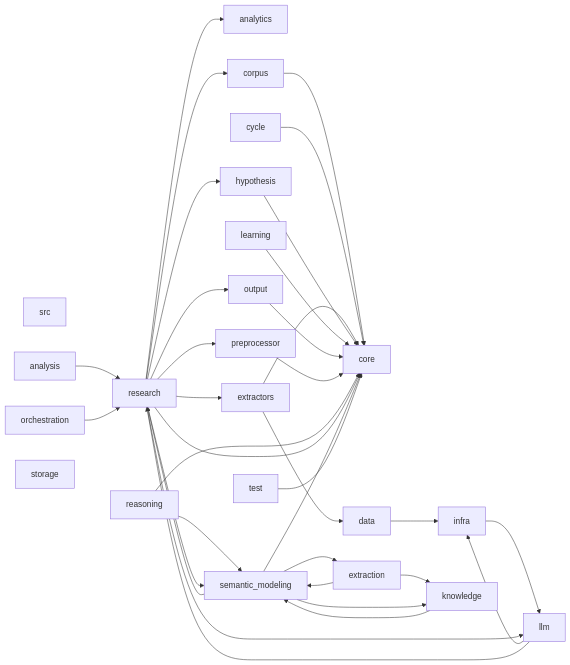
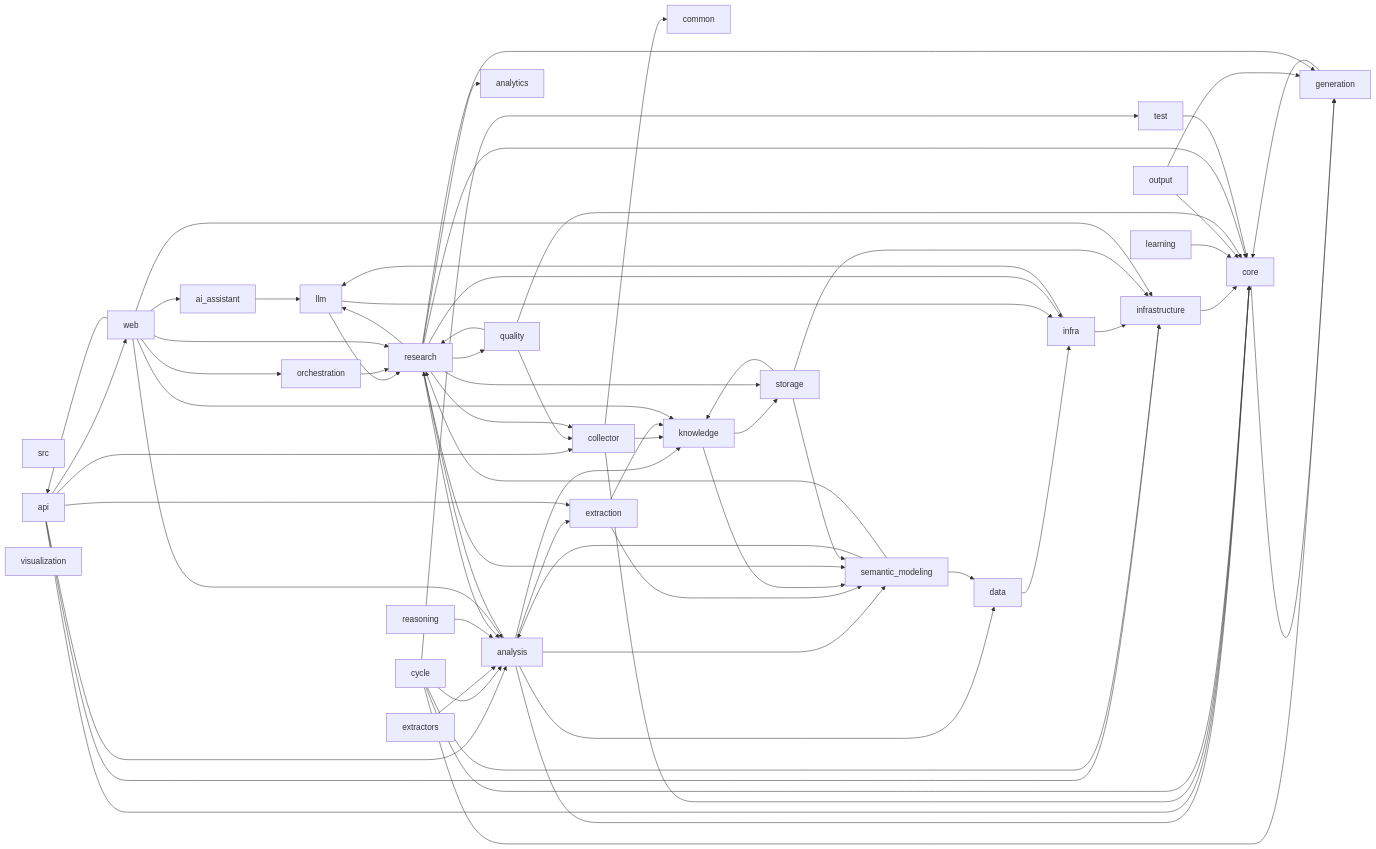
One commit to guose1314/tcmautoresearch changed the diagram in docs/architecture/dependency-graph.md. Above: the diagram before and after it, drawn with Mermaid. The commit also changed other lines of this file and 123 other files, not shown here.

````diff
--- a/docs/architecture/dependency-graph.md
+++ b/docs/architecture/dependency-graph.md
@@ -14,58 +14,97 @@
 ```mermaid
 flowchart LR
     src["src"]
+    src_ai_assistant["ai_assistant"]
     src_analysis["analysis"]
     src_analytics["analytics"]
+    src_api["api"]
+    src_collector["collector"]
+    src_common["common"]
     src_core["core"]
-    src_corpus["corpus"]
     src_cycle["cycle"]
     src_data["data"]
     src_extraction["extraction"]
     src_extractors["extractors"]
-    src_hypothesis["hypothesis"]
+    src_generation["generation"]
     src_infra["infra"]
+    src_infrastructure["infrastructure"]
     src_knowledge["knowledge"]
     src_learning["learning"]
     src_llm["llm"]
     src_orchestration["orchestration"]
     src_output["output"]
-    src_preprocessor["preprocessor"]
+    src_quality["quality"]
     src_reasoning["reasoning"]
     src_research["research"]
     src_semantic_modeling["semantic_modeling"]
     src_storage["storage"]
     src_test["test"]
+    src_visualization["visualization"]
+    src_web["web"]
+    src_ai_assistant --> src_llm
+    src_analysis --> src_core
+    src_analysis --> src_data
+    src_analysis --> src_extraction
+    src_analysis --> src_knowledge
     src_analysis --> src_research
-    src_corpus --> src_core
+    src_analysis --> src_semantic_modeling
+    src_api --> src_analysis
+    src_api --> src_collector
+    src_api --> src_core
+    src_api --> src_extraction
+    src_api --> src_infrastructure
+    src_api --> src_web
+    src_collector --> src_common
+    src_collector --> src_core
+    src_collector --> src_knowledge
+    src_core --> src_generation
+    src_cycle --> src_analysis
     src_cycle --> src_core
+    src_cycle --> src_generation
+    src_cycle --> src_infrastructure
+    src_cycle --> src_test
     src_data --> src_infra
     src_extraction --> src_knowledge
     src_extraction --> src_semantic_modeling
-    src_extractors --> src_core
-    src_extractors --> src_data
-    src_hypothesis --> src_core
+    src_extractors --> src_analysis
+    src_generation --> src_core
+    src_infra --> src_infrastructure
     src_infra --> src_llm
+    src_infrastructure --> src_core
     src_knowledge --> src_semantic_modeling
+    src_knowledge --> src_storage
     src_learning --> src_core
     src_llm --> src_infra
     src_llm --> src_research
     src_orchestration --> src_research
     src_output --> src_core
-    src_preprocessor --> src_core
-    src_reasoning --> src_core
-    src_reasoning --> src_semantic_modeling
+    src_output --> src_generation
+    src_quality --> src_collector
+    src_quality --> src_core
+    src_quality --> src_research
+    src_reasoning --> src_analysis
+    src_research --> src_analysis
     src_research --> src_analytics
+    src_research --> src_collector
     src_research --> src_core
-    src_research --> src_corpus
-    src_research --> src_extractors
-    src_research --> src_hypothesis
+    src_research --> src_generation
+    src_research --> src_infra
     src_research --> src_llm
-    src_research --> src_output
-    src_research --> src_preprocessor
+    src_research --> src_quality
     src_research --> src_semantic_modeling
-    src_semantic_modeling --> src_core
-    src_semantic_modeling --> src_extraction
-    src_semantic_modeling --> src_knowledge
+    src_research --> src_storage
+    src_semantic_modeling --> src_analysis
+    src_semantic_modeling --> src_data
     src_semantic_modeling --> src_research
+    src_storage --> src_infrastructure
+    src_storage --> src_knowledge
+    src_storage --> src_semantic_modeling
     src_test --> src_core
+    src_web --> src_ai_assistant
+    src_web --> src_analysis
+    src_web --> src_api
+    src_web --> src_infrastructure
+    src_web --> src_knowledge
+    src_web --> src_orchestration
+    src_web --> src_research
 ```
````
